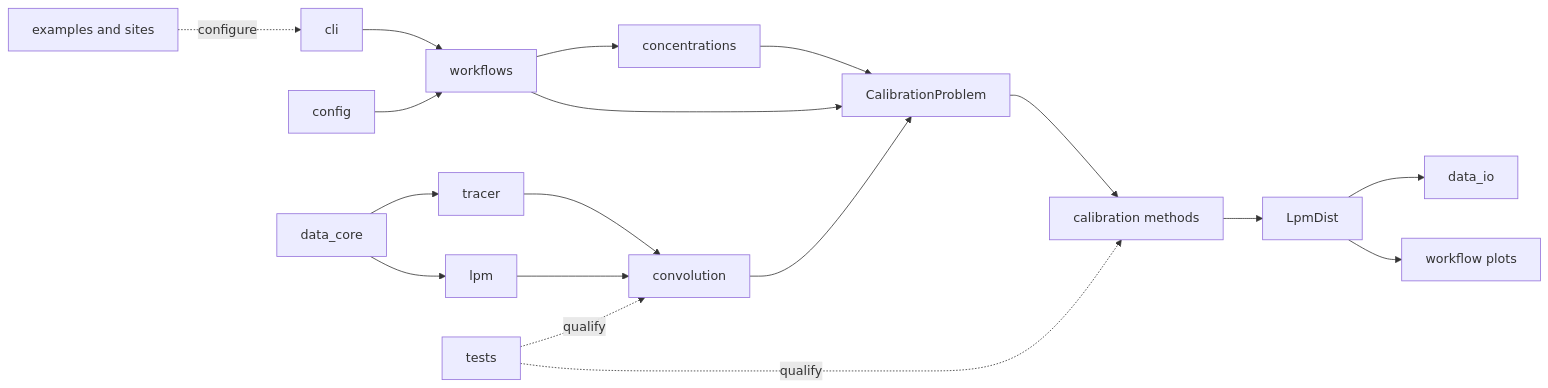
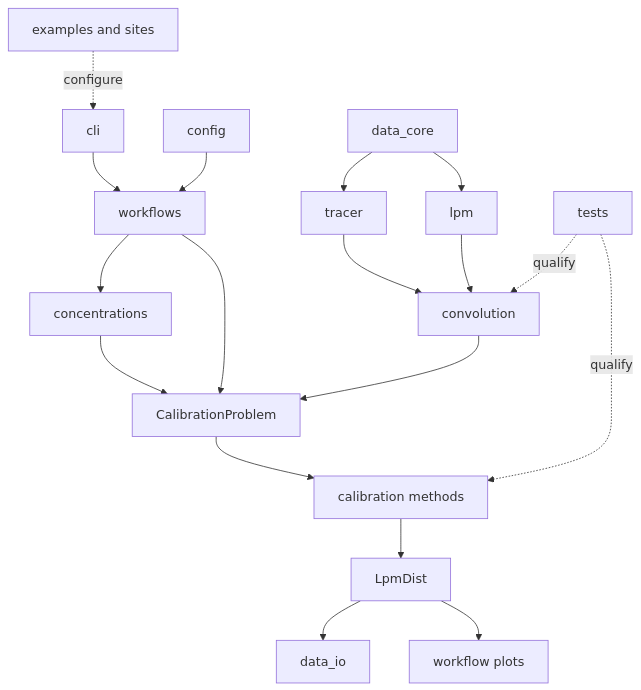
The first of 2 diagrams in docs/architecture.md (dreuzy/PyAges), drawn with Mermaid before and after one commit. The commit also changed other lines of this file and 2 other files, not shown here.

Commit message:
docs: improve Mermaid diagram readability

````diff
--- a/docs/architecture.md
+++ b/docs/architecture.md
@@ -96,23 +96,23 @@
 ```{mermaid}
-flowchart LR
+flowchart TB
   DATA[data_core] --> TRACER[tracer]
   DATA --> LPM[lpm]
 
   CLI[cli] --> WF[workflows]
   CONFIG[config] --> WF
   CONC[concentrations] --> PROBLEM[CalibrationProblem]
   WF --> CONC
   WF --> PROBLEM
 
   TRACER --> CONV[convolution]
   LPM --> CONV
   CONV --> PROBLEM
   PROBLEM --> METHODS[calibration methods]
   METHODS --> RESULT[LpmDist]
   RESULT --> IO[data_io]
   RESULT --> PLOTS[workflow plots]
 
   EXAMPLES[examples and sites] -. configure .-> CLI
   TESTS[tests] -. qualify .-> CONV
   TESTS -. qualify .-> METHODS
 ```
````
